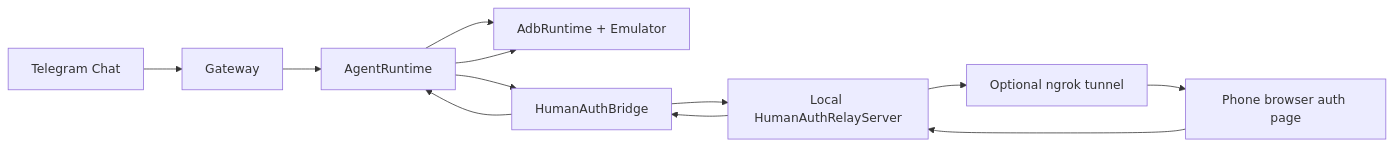
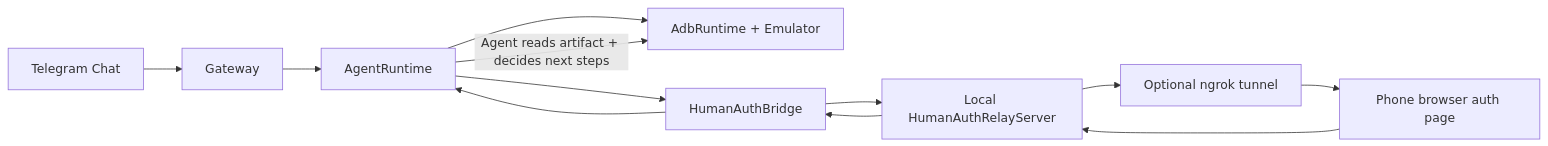
One commit to pockebot/openpocket changed the first of 2 diagrams in frontend/concepts/remote-human-authorization.md. Above: the diagram before and after it, drawn with Mermaid. The commit also changed other lines of this file and 23 other files, not shown here.

````diff
--- a/frontend/concepts/remote-human-authorization.md
+++ b/frontend/concepts/remote-human-authorization.md
@@ -71,14 +74,14 @@
 ```mermaid
 flowchart LR
   TG["Telegram Chat"] --> GW["Gateway"]
   GW --> AR["AgentRuntime"]
   AR --> ADB["AdbRuntime + Emulator"]
   AR --> HAB["HumanAuthBridge"]
   HAB --> RELAY["Local HumanAuthRelayServer"]
   RELAY --> TUNNEL["Optional ngrok tunnel"]
   TUNNEL --> PHONE["Phone browser auth page"]
   PHONE --> RELAY
   RELAY --> HAB
   HAB --> AR
-  AR --> ADB
+  AR -->|"Agent reads artifact + decides next steps"| ADB
 ```
````
